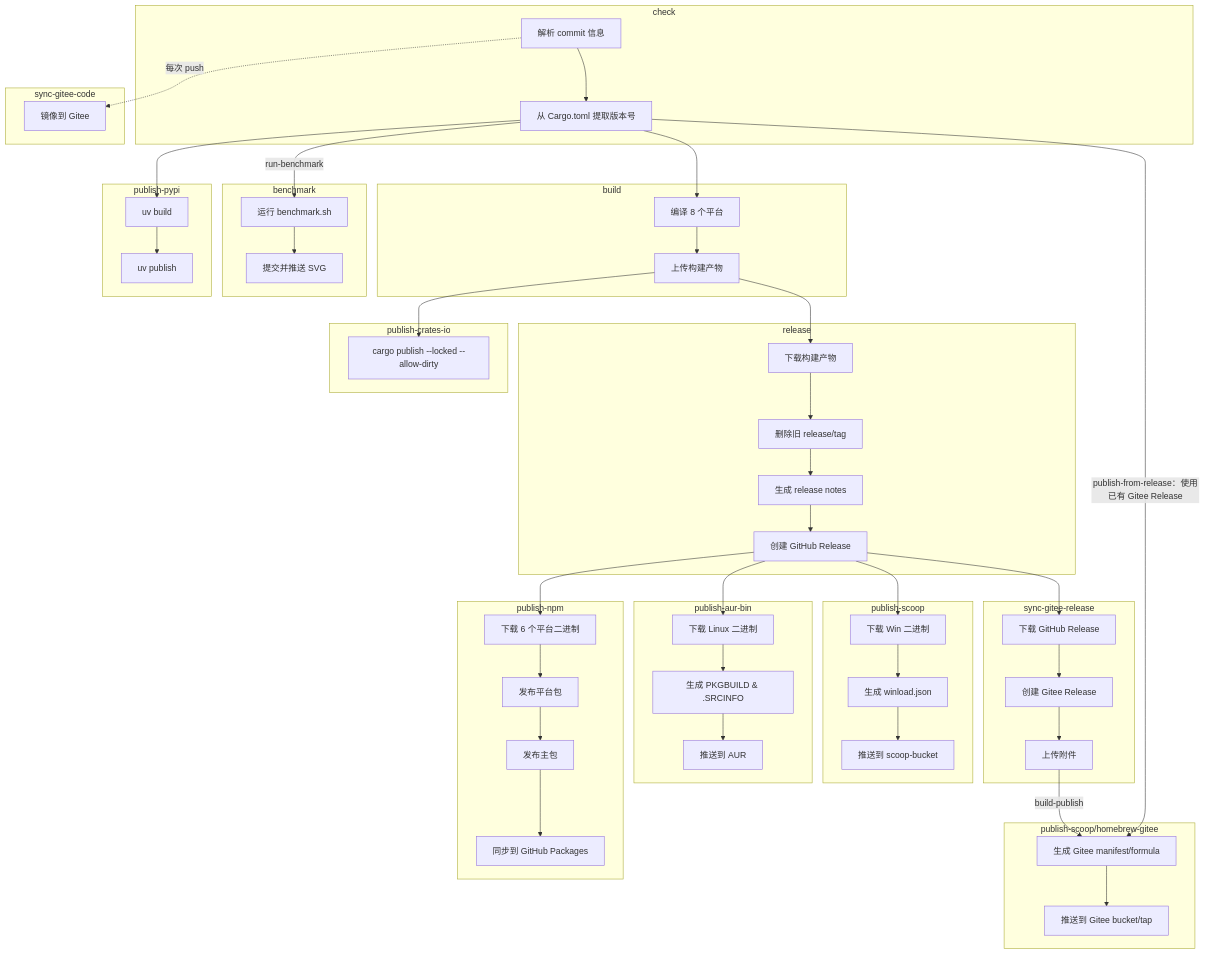
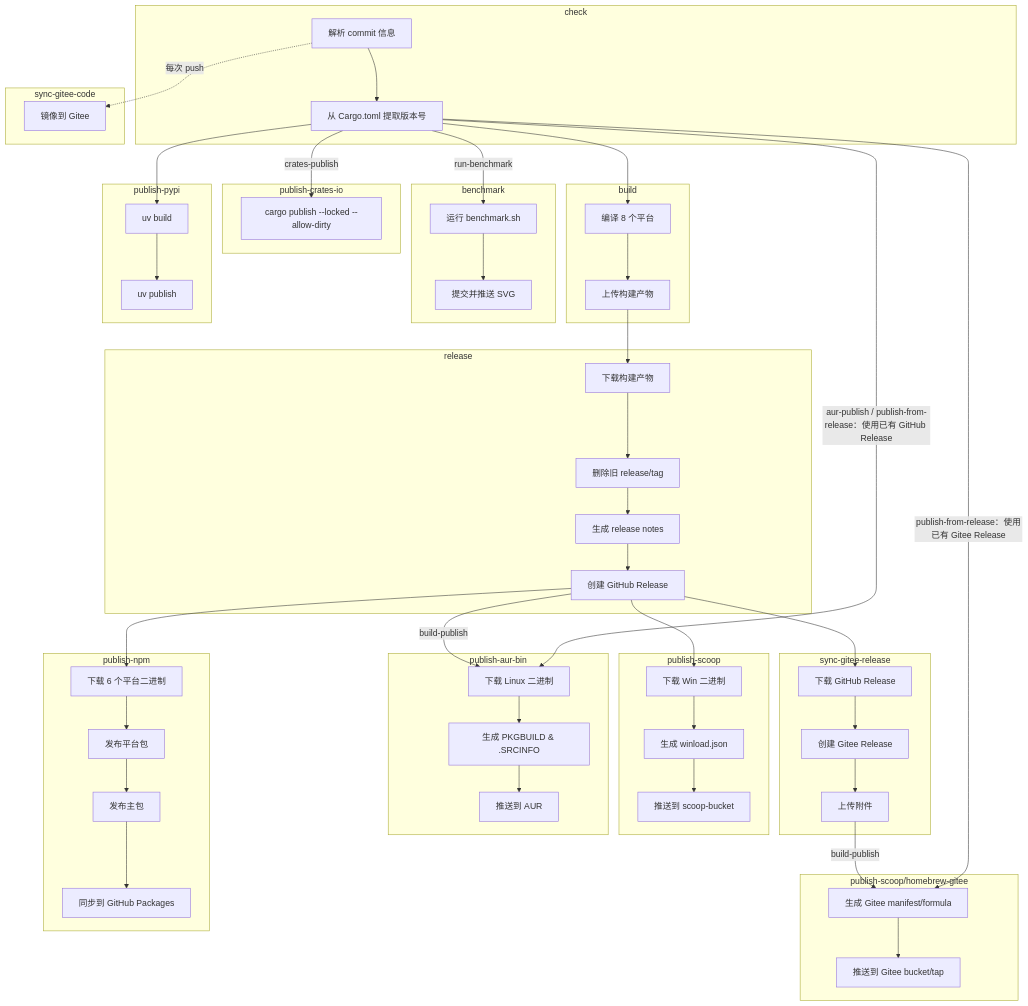
Before and after one commit to VincentZyuApps/winload: the diagram in .github/workflows/build.zh-cn.md, drawn with Mermaid. The commit also changed other lines of this file and 8 other files, not shown here.

First line of the commit message:
release: 准备 v0.2.0-alpha.4 并修复 AUR 与发布路由

```diff
--- a/.github/workflows/build.zh-cn.md
+++ b/.github/workflows/build.zh-cn.md
@@ -187,7 +193,7 @@
         R3[生成 release notes]
         R4[创建 GitHub Release]
     end
-    
+
     subgraph scoop["publish-scoop"]
         S1[下载 Win 二进制]
         S2[生成 winload.json]
@@ -241,11 +247,12 @@
     PY1 --> PY2
     B1 --> B2
     B2 --> R1
-    B2 --> CR1
+    C2 --"crates-publish"--> CR1
     R1 --> R2 --> R3 --> R4
     R4 --> S1
     S1 --> S2 --> S3
-    R4 --> A1
+    R4 --"build-publish"--> A1
+    C2 --"aur-publish / publish-from-release：使用已有 GitHub Release"--> A1
     A1 --> A2 --> A3
     R4 --> N1
     N1 --> N2 --> N3 --> N4
```
